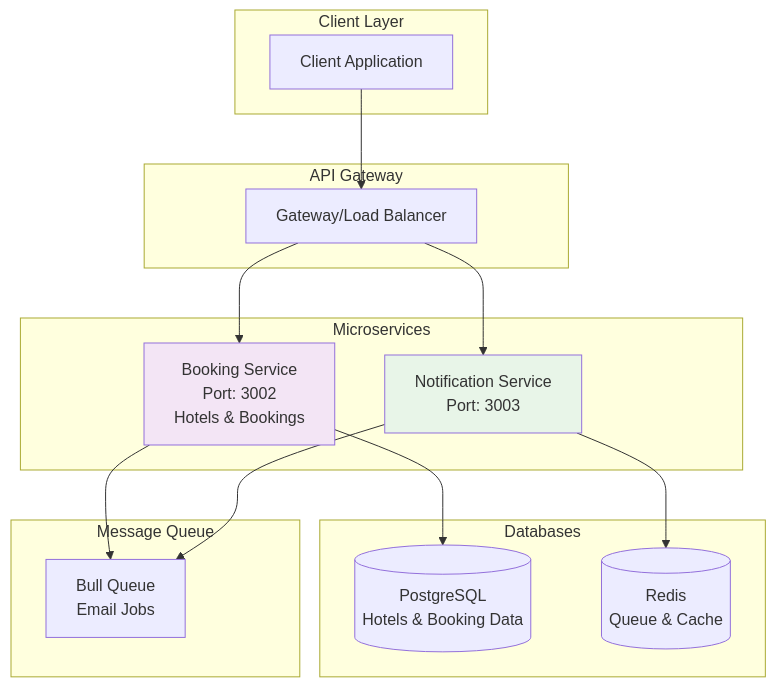
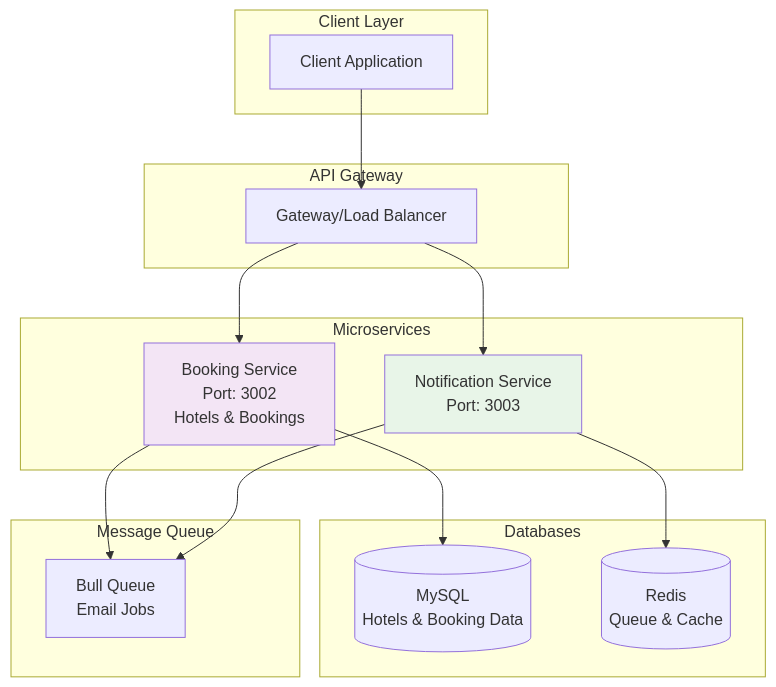
One commit to Jyotishmoy12/airbnb-booking-backend changed the first of 2 diagrams in README.md. Above: the diagram before and after it, drawn with Mermaid.

````diff
--- a/README.md
+++ b/README.md
@@ -25,36 +25,36 @@
 ```mermaid
 graph TB
     subgraph "Client Layer"
         C[Client Application]
     end
     
     subgraph "API Gateway"
         GW[Gateway/Load Balancer]
     end
     
     subgraph "Microservices"
         BS[Booking Service<br/>Port: 3002<br/>Hotels & Bookings]
         NS[Notification Service<br/>Port: 3003]
     end
     
     subgraph "Databases"
-        PostgreSQL[(PostgreSQL<br/>Hotels & Booking Data)]
+        PostgreSQL[(MySQL<br/>Hotels & Booking Data)]
         Redis[(Redis<br/>Queue & Cache)]
     end
     
     subgraph "Message Queue"
         BQ[Bull Queue<br/>Email Jobs]
     end
     
     C --> GW
     GW --> BS
     GW --> NS
     
     BS --> PostgreSQL
     BS --> BQ
     NS --> Redis
     NS --> BQ
     
     style BS fill:#f3e5f5
     style NS fill:#e8f5e8
 ```
````
